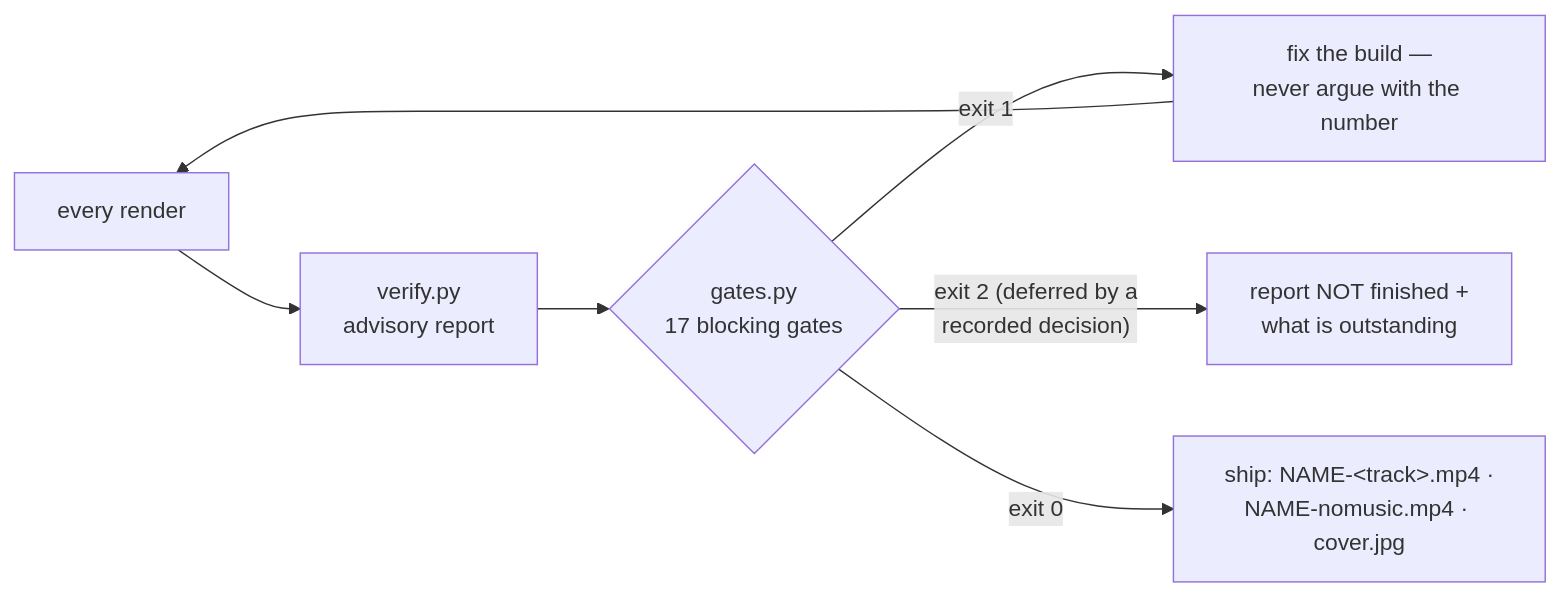
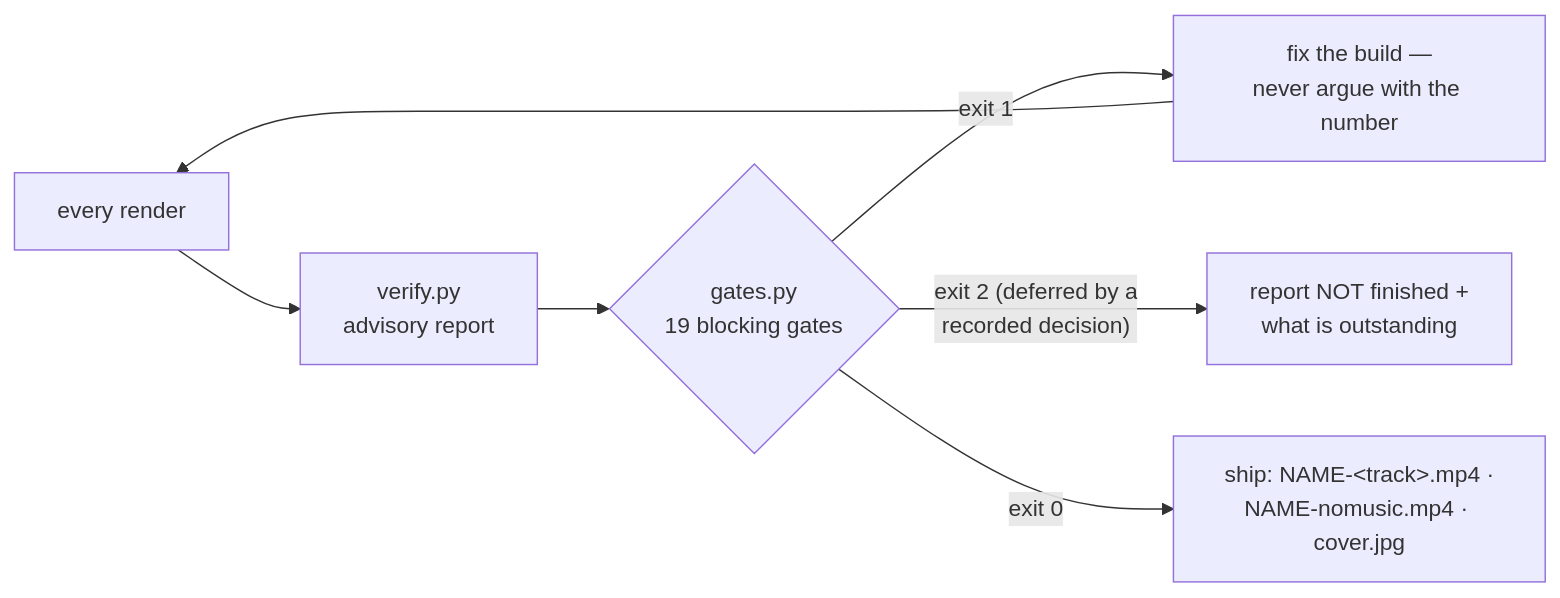
One commit to chyiiiiiiiiiiii/yiibu changed the second of 2 diagrams in skills/yiibu/SKILL.md. Above: the diagram before and after it, drawn with Mermaid. The commit also changed 11 other files, not shown here.

````diff
--- a/skills/yiibu/SKILL.md
+++ b/skills/yiibu/SKILL.md
@@ -441,7 +441,7 @@
 ```mermaid
 flowchart LR
-    R[every render] --> V["verify.py<br/>advisory report"] --> G{"gates.py<br/>17 blocking gates"}
+    R[every render] --> V["verify.py<br/>advisory report"] --> G{"gates.py<br/>19 blocking gates"}
     G -->|exit 1| F["fix the build —<br/>never argue with the number"] --> R
     G -->|"exit 2 (deferred by a<br/>recorded decision)"| D["report NOT finished +<br/>what is outstanding"]
     G -->|exit 0| S["ship: NAME-&lt;track&gt;.mp4 ·<br/>NAME-nomusic.mp4 · cover.jpg"]
 ```
````
